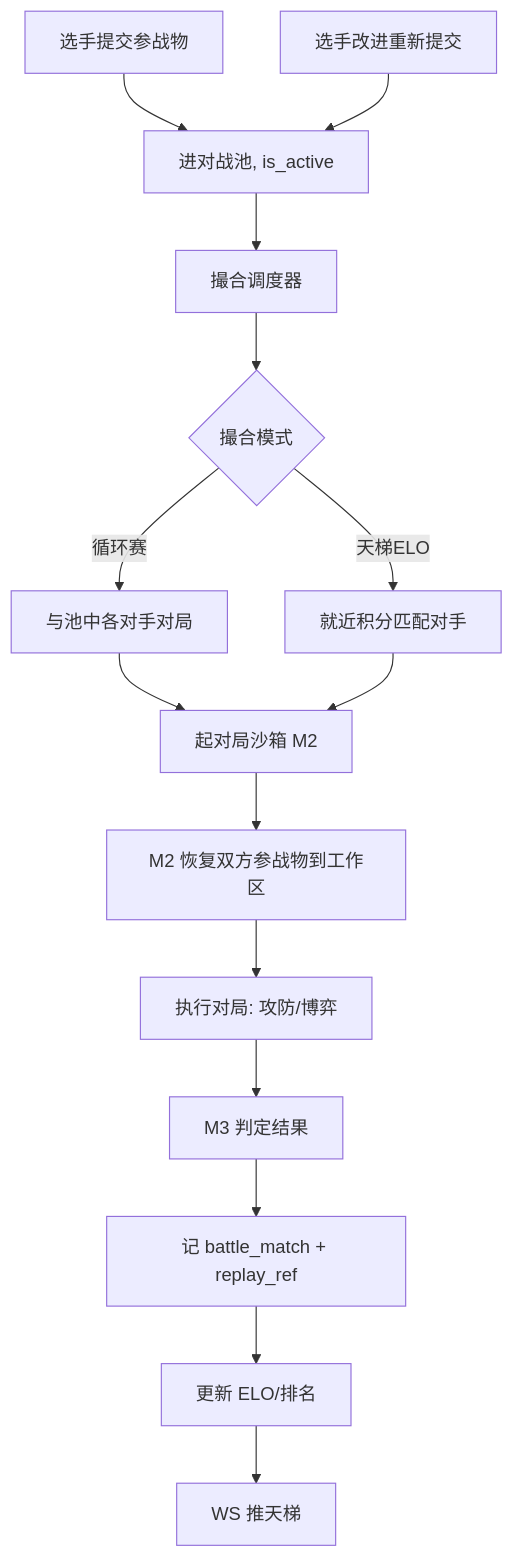
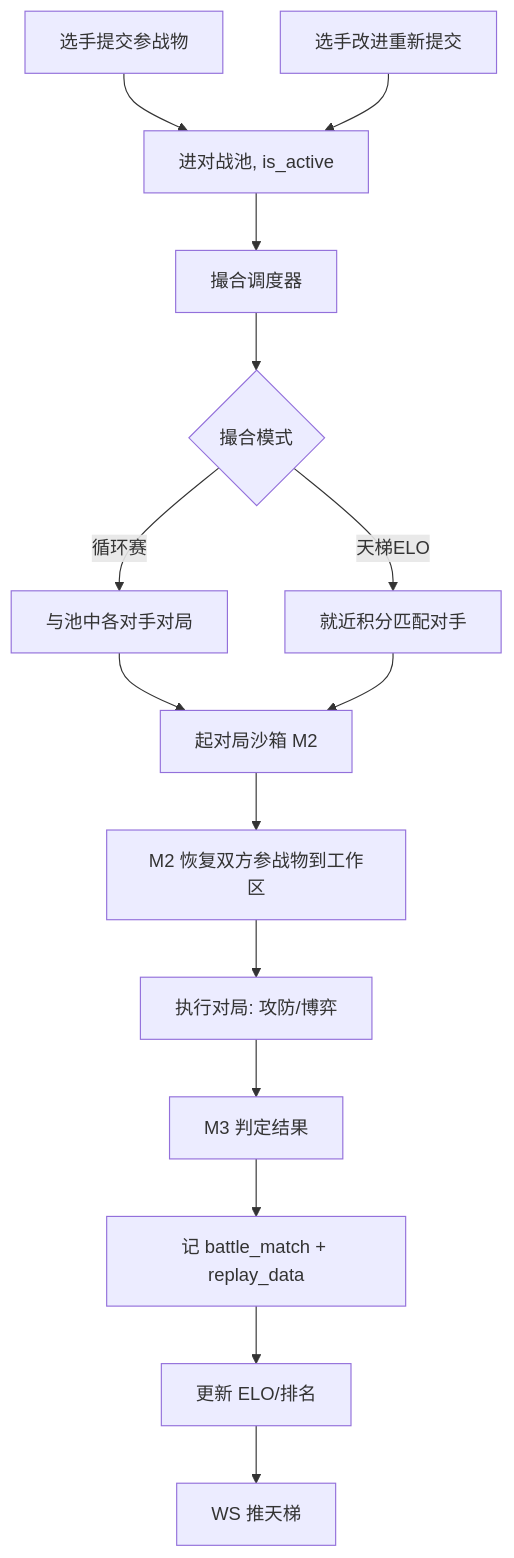
One commit to menghuishisan/CHAIMIR changed the fourth of 8 diagrams in docs/08-竞赛/05-业务流程与状态机.md. Above: the diagram before and after it, drawn with Mermaid. The commit also changed other lines of this file and 159 other files, not shown here.

````diff
--- a/docs/08-竞赛/05-业务流程与状态机.md
+++ b/docs/08-竞赛/05-业务流程与状态机.md
@@ -66,17 +66,17 @@
 ```mermaid
 flowchart TD
     A[选手提交参战物] --> B[进对战池, is_active]
     B --> C[撮合调度器]
     C --> D{撮合模式}
     D -->|循环赛| E[与池中各对手对局]
     D -->|天梯ELO| F[就近积分匹配对手]
     E --> G[起对局沙箱 M2]
     F --> G
     G --> H0[M2 恢复双方参战物到工作区]
     H0 --> H[执行对局: 攻防/博弈]
     H --> I[M3 判定结果]
-    I --> J[记 battle_match + replay_ref]
+    I --> J[记 battle_match + replay_data]
     J --> K[更新 ELO/排名]
     K --> L[WS 推天梯]
     A2[选手改进重新提交] --> B
 ```
````
